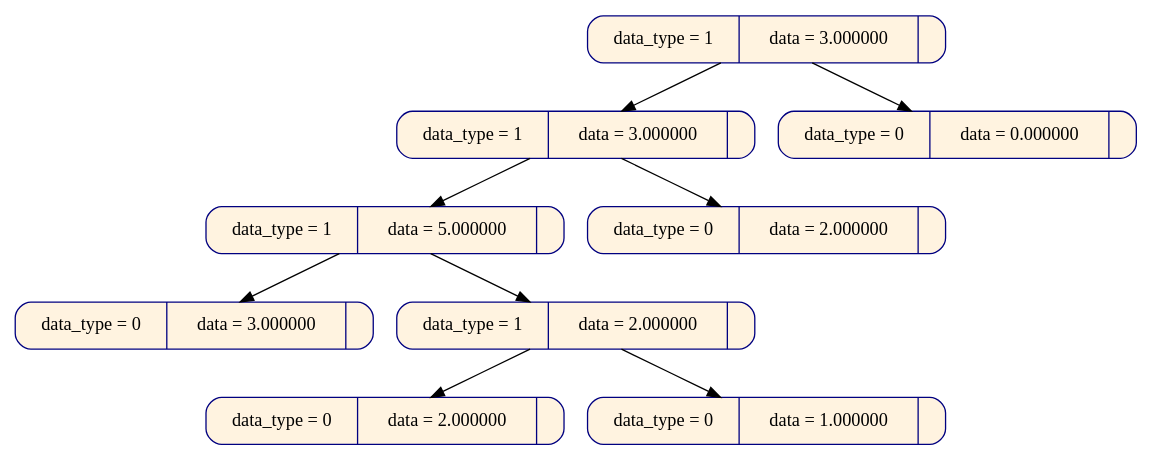
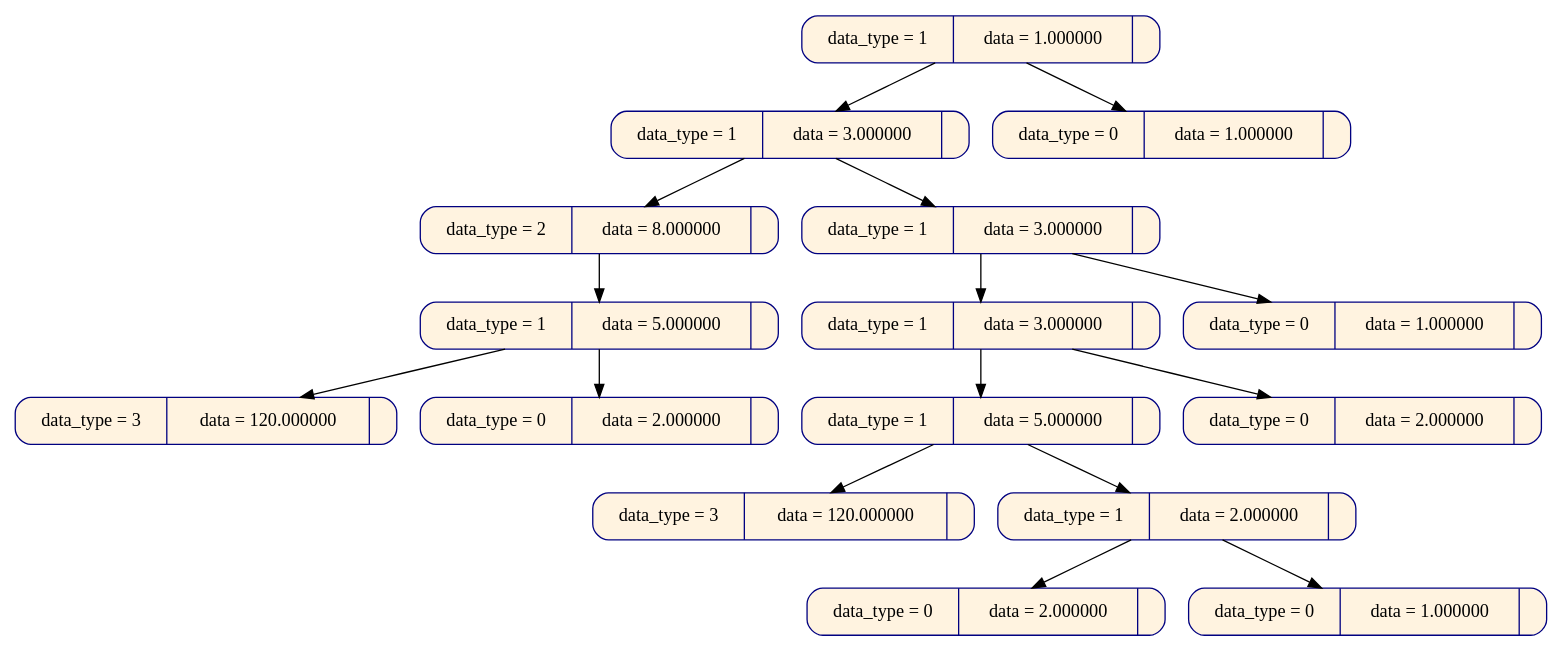
The diagram in diff_tree/gr_dump/res_tree_before_ret.dot (pupach/diff_tree), drawn with Graphviz before and after one commit. The commit also changed 66 other files, not shown here.

```diff
--- a/diff_tree/gr_dump/res_tree_before_ret.dot
+++ b/diff_tree/gr_dump/res_tree_before_ret.dot
@@ -1,21 +1,35 @@
 digraph
 {
 node [shape = Mrecord, color  = "navy", style = "filled"];
-node0x6230000002c0[label = " data_type = 1 | data = 3.000000 | ", fillcolor = "#fff3e0", rank = 0];
-node0x622000000250[label = " data_type = 1 | data = 3.000000 | ", fillcolor = "#fff3e0", rank = 1];
-node0x620000000160[label = " data_type = 1 | data = 5.000000 | ", fillcolor = "#fff3e0", rank = 2];
-node0x619000000a80[label = " data_type = 0 | data = 3.000000 | ", fillcolor = "#fff3e0", rank = 3];
-node0x6200000000b8[label = " data_type = 1 | data = 2.000000 | ", fillcolor = "#fff3e0", rank = 3];
-node0x6200000000f0[label = " data_type = 0 | data = 2.000000 | ", fillcolor = "#fff3e0", rank = 4];
-node0x620000000128[label = " data_type = 0 | data = 1.000000 | ", fillcolor = "#fff3e0", rank = 4];
-node0x622000000218[label = " data_type = 0 | data = 2.000000 | ", fillcolor = "#fff3e0", rank = 2];
-node0x623000000288[label = " data_type = 0 | data = 0.000000 | ", fillcolor = "#fff3e0", rank = 1];
-node0x6230000002c0 -> node0x622000000250;
-node0x622000000250 -> node0x620000000160;
-node0x620000000160 -> node0x619000000a80;
-node0x620000000160 -> node0x6200000000b8;
-node0x6200000000b8 -> node0x6200000000f0;
-node0x6200000000b8 -> node0x620000000128;
-node0x622000000250 -> node0x622000000218;
-node0x6230000002c0 -> node0x623000000288;
+node0x625000002c48[label = " data_type = 1 | data = 1.000000 | ", fillcolor = "#fff3e0", rank = 0];
+node0x625000002900[label = " data_type = 1 | data = 3.000000 | ", fillcolor = "#fff3e0", rank = 1];
+node0x625000002938[label = " data_type = 2 | data = 8.000000 | ", fillcolor = "#fff3e0", rank = 2];
+node0x625000002970[label = " data_type = 1 | data = 5.000000 | ", fillcolor = "#fff3e0", rank = 3];
+node0x6250000029a8[label = " data_type = 3 | data = 120.000000 | ", fillcolor = "#fff3e0", rank = 4];
+node0x6250000029e0[label = " data_type = 0 | data = 2.000000 | ", fillcolor = "#fff3e0", rank = 4];
+node0x625000002a18[label = " data_type = 1 | data = 3.000000 | ", fillcolor = "#fff3e0", rank = 2];
+node0x625000002a50[label = " data_type = 1 | data = 3.000000 | ", fillcolor = "#fff3e0", rank = 3];
+node0x625000002a88[label = " data_type = 1 | data = 5.000000 | ", fillcolor = "#fff3e0", rank = 4];
+node0x625000002ac0[label = " data_type = 3 | data = 120.000000 | ", fillcolor = "#fff3e0", rank = 5];
+node0x625000002af8[label = " data_type = 1 | data = 2.000000 | ", fillcolor = "#fff3e0", rank = 5];
+node0x625000002b30[label = " data_type = 0 | data = 2.000000 | ", fillcolor = "#fff3e0", rank = 6];
+node0x625000002b68[label = " data_type = 0 | data = 1.000000 | ", fillcolor = "#fff3e0", rank = 6];
+node0x625000002ba0[label = " data_type = 0 | data = 2.000000 | ", fillcolor = "#fff3e0", rank = 4];
+node0x625000002bd8[label = " data_type = 0 | data = 1.000000 | ", fillcolor = "#fff3e0", rank = 3];
+node0x625000002c10[label = " data_type = 0 | data = 1.000000 | ", fillcolor = "#fff3e0", rank = 1];
+node0x625000002c48 -> node0x625000002900;
+node0x625000002900 -> node0x625000002938;
+node0x625000002938 -> node0x625000002970;
+node0x625000002970 -> node0x6250000029a8;
+node0x625000002970 -> node0x6250000029e0;
+node0x625000002900 -> node0x625000002a18;
+node0x625000002a18 -> node0x625000002a50;
+node0x625000002a50 -> node0x625000002a88;
+node0x625000002a88 -> node0x625000002ac0;
+node0x625000002a88 -> node0x625000002af8;
+node0x625000002af8 -> node0x625000002b30;
+node0x625000002af8 -> node0x625000002b68;
+node0x625000002a50 -> node0x625000002ba0;
+node0x625000002a18 -> node0x625000002bd8;
+node0x625000002c48 -> node0x625000002c10;
 }
```
